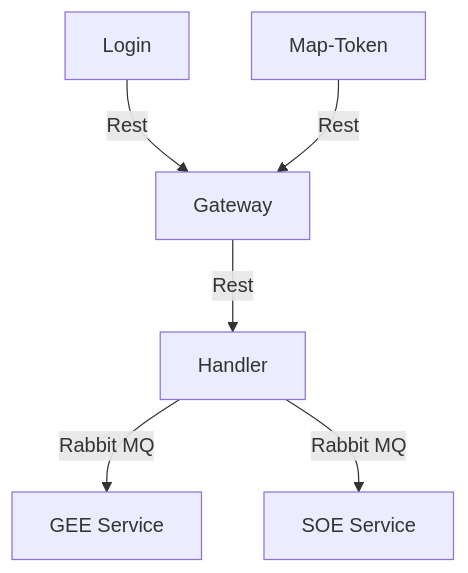
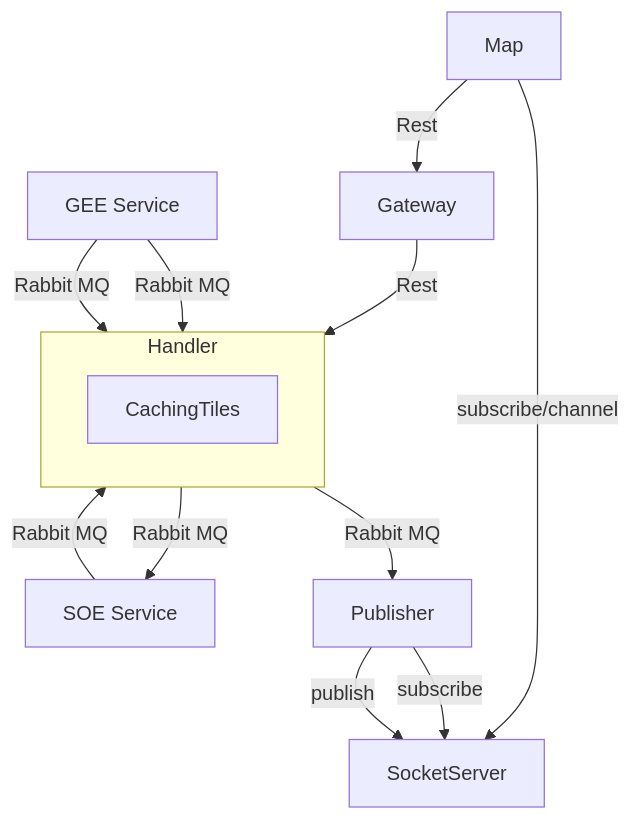
Before and after one commit to spaceomid/Documentation: the first of 2 diagrams in docs/Image Processing Platform/Description.md, drawn with Mermaid. The commit also changed other lines of this file, not shown here.

````diff
--- a/docs/Image Processing Platform/Description.md
+++ b/docs/Image Processing Platform/Description.md
@@ -7,11 +7,23 @@
 ``` mermaid
 flowchart TB
     
-    Login --Rest--> Gateway
-    C[Map-Token] --Rest--> Gateway
+
+    
+    subgraph Handler
+        CachingTiles
+    end
+
+    Map --subscribe/channel--> SocketServer
+    Map --Rest--> Gateway
     Gateway --Rest--> Handler
-    Handler --Rabbit MQ--> A[GEE Service]
-    Handler --Rabbit MQ--> B[SOE Service]
+    Handler --Rabbit MQ--> A[SOE Service]
+    B[GEE Service] --Rabbit MQ--> Handler
+    Handler --Rabbit MQ--> Publisher
+    Publisher --subscribe--> SocketServer    
+    Publisher --publish--> SocketServer
+    A[SOE Service] --Rabbit MQ--> Handler
+    B[GEE Service] --Rabbit MQ--> Handler
+    
 
     
 ```
````
